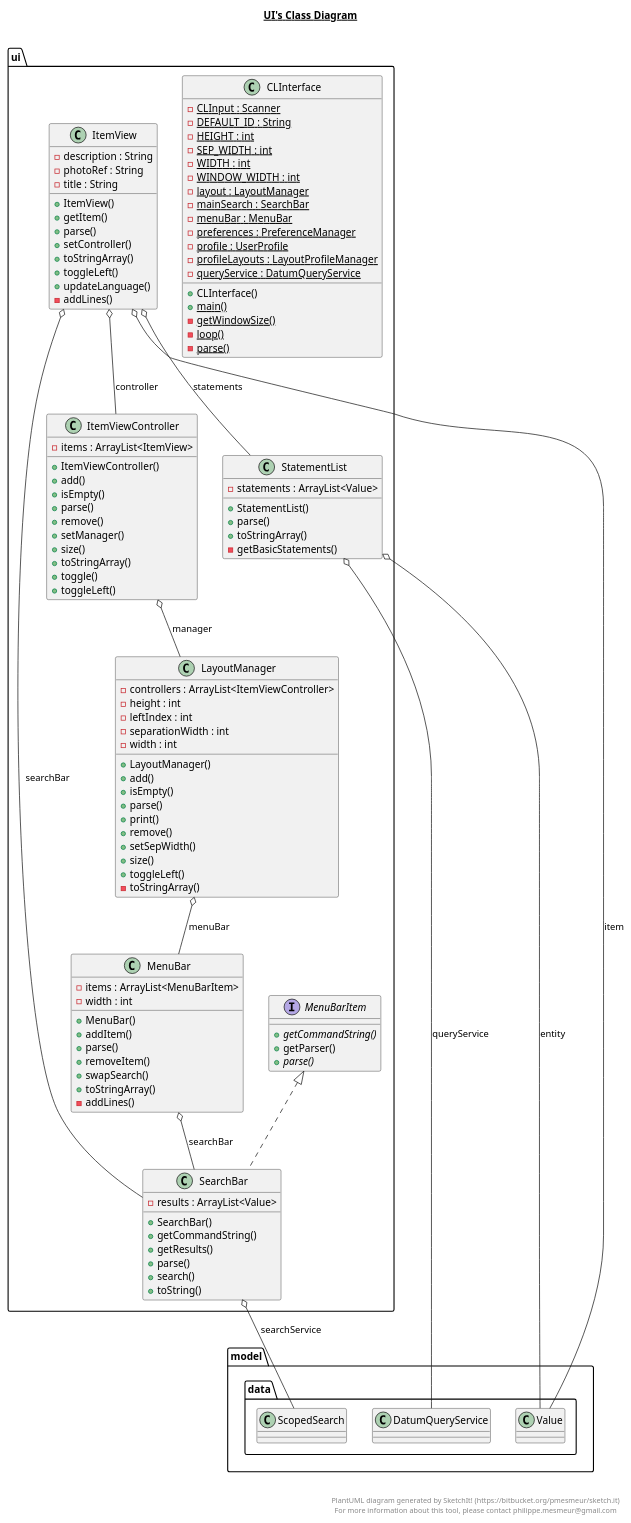
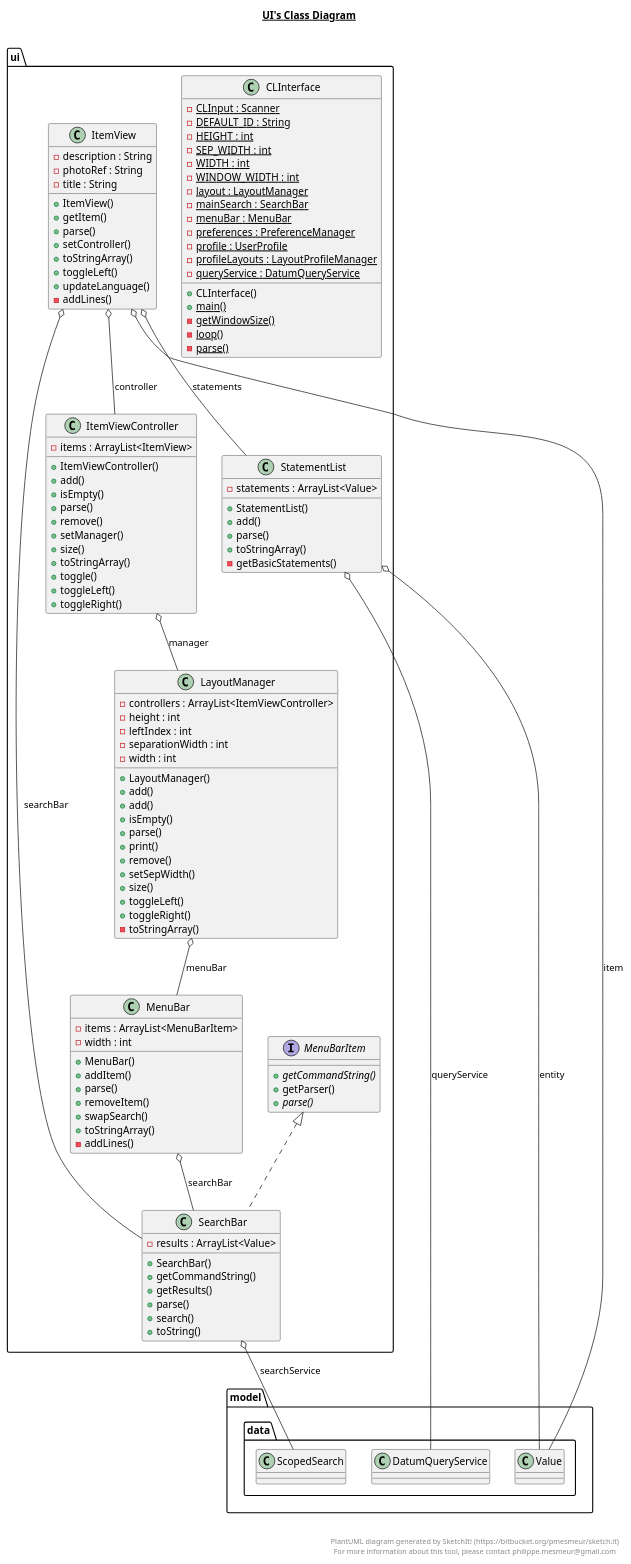
The diagram in src/main/ui/ui.plantuml (Bryce-MW/WikidataExplorer), drawn with PlantUML before and after one commit. The commit also changed 6 other files, not shown here.

Commit message:
Updated diagrams

```diff
--- a/src/main/ui/ui.plantuml
+++ b/src/main/ui/ui.plantuml
@@ -1,152 +1,156 @@
 @startuml
 
 title __UI's Class Diagram__\n
 
   namespace ui {
     class ui.CLInterface {
         {static} - CLInput : Scanner
         {static} - DEFAULT_ID : String
         {static} - HEIGHT : int
         {static} - SEP_WIDTH : int
         {static} - WIDTH : int
         {static} - WINDOW_WIDTH : int
         {static} - layout : LayoutManager
         {static} - mainSearch : SearchBar
         {static} - menuBar : MenuBar
         {static} - preferences : PreferenceManager
         {static} - profile : UserProfile
         {static} - profileLayouts : LayoutProfileManager
         {static} - queryService : DatumQueryService
         + CLInterface()
         {static} + main()
         {static} - getWindowSize()
         {static} - loop()
         {static} - parse()
     }
   }
   
 
   namespace ui {
     class ui.ItemView {
         - description : String
         - photoRef : String
         - title : String
         + ItemView()
         + getItem()
         + parse()
         + setController()
         + toStringArray()
         + toggleLeft()
         + updateLanguage()
         - addLines()
     }
   }
   
 
   namespace ui {
     class ui.ItemViewController {
         - items : ArrayList<ItemView>
         + ItemViewController()
         + add()
         + isEmpty()
         + parse()
         + remove()
         + setManager()
         + size()
         + toStringArray()
         + toggle()
         + toggleLeft()
+        + toggleRight()
     }
   }
   
 
   namespace ui {
     class ui.LayoutManager {
         - controllers : ArrayList<ItemViewController>
         - height : int
         - leftIndex : int
         - separationWidth : int
         - width : int
         + LayoutManager()
         + add()
+        + add()
         + isEmpty()
         + parse()
         + print()
         + remove()
         + setSepWidth()
         + size()
         + toggleLeft()
+        + toggleRight()
         - toStringArray()
     }
   }
   
 
   namespace ui {
     class ui.MenuBar {
         - items : ArrayList<MenuBarItem>
         - width : int
         + MenuBar()
         + addItem()
         + parse()
         + removeItem()
         + swapSearch()
         + toStringArray()
         - addLines()
     }
   }
   
 
   namespace ui {
     interface ui.MenuBarItem {
         {abstract} + getCommandString()
         + getParser()
         {abstract} + parse()
     }
   }
   
 
   namespace ui {
     class ui.SearchBar {
         - results : ArrayList<Value>
         + SearchBar()
         + getCommandString()
         + getResults()
         + parse()
         + search()
         + toString()
     }
   }
   
 
   namespace ui {
     class ui.StatementList {
         - statements : ArrayList<Value>
         + StatementList()
+        + add()
         + parse()
         + toStringArray()
         - getBasicStatements()
     }
   }
   
 
   ui.ItemView o-- ui.ItemViewController : controller
   ui.ItemView o-- model.data.Value : item
   ui.ItemView o-- ui.SearchBar : searchBar
   ui.ItemView o-- ui.StatementList : statements
   ui.ItemViewController o-- ui.LayoutManager : manager
   ui.LayoutManager o-- ui.MenuBar : menuBar
   ui.MenuBar o-- ui.SearchBar : searchBar
   ui.SearchBar .up.|> ui.MenuBarItem
   ui.SearchBar o-- model.data.ScopedSearch : searchService
   ui.StatementList o-- model.data.Value : entity
   ui.StatementList o-- model.data.DatumQueryService : queryService
 
 
 right footer
 
 
 PlantUML diagram generated by SketchIt! (https://bitbucket.org/pmesmeur/sketch.it)
 For more information about this tool, please contact philippe.mesmeur@gmail.com
 endfooter
 
 @enduml
```
